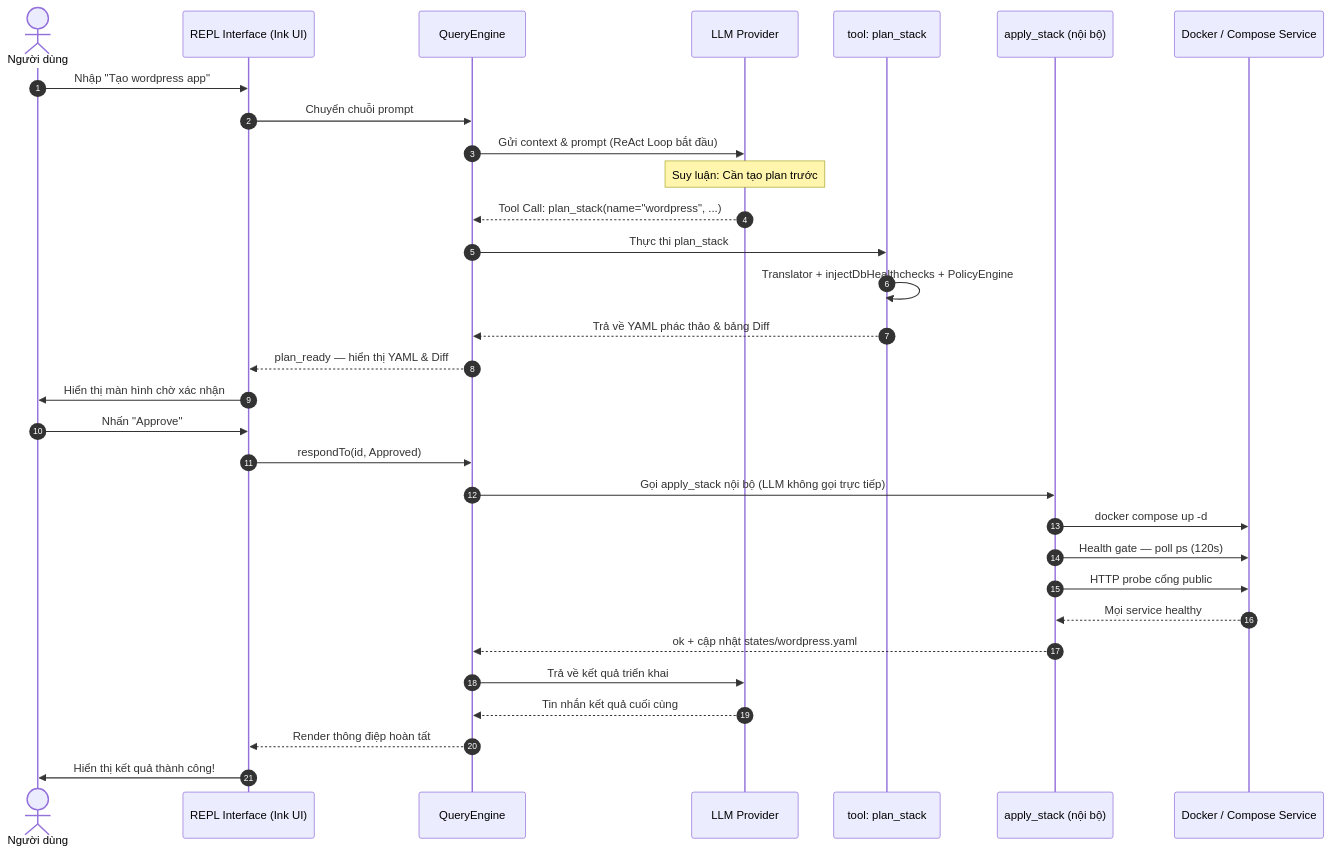
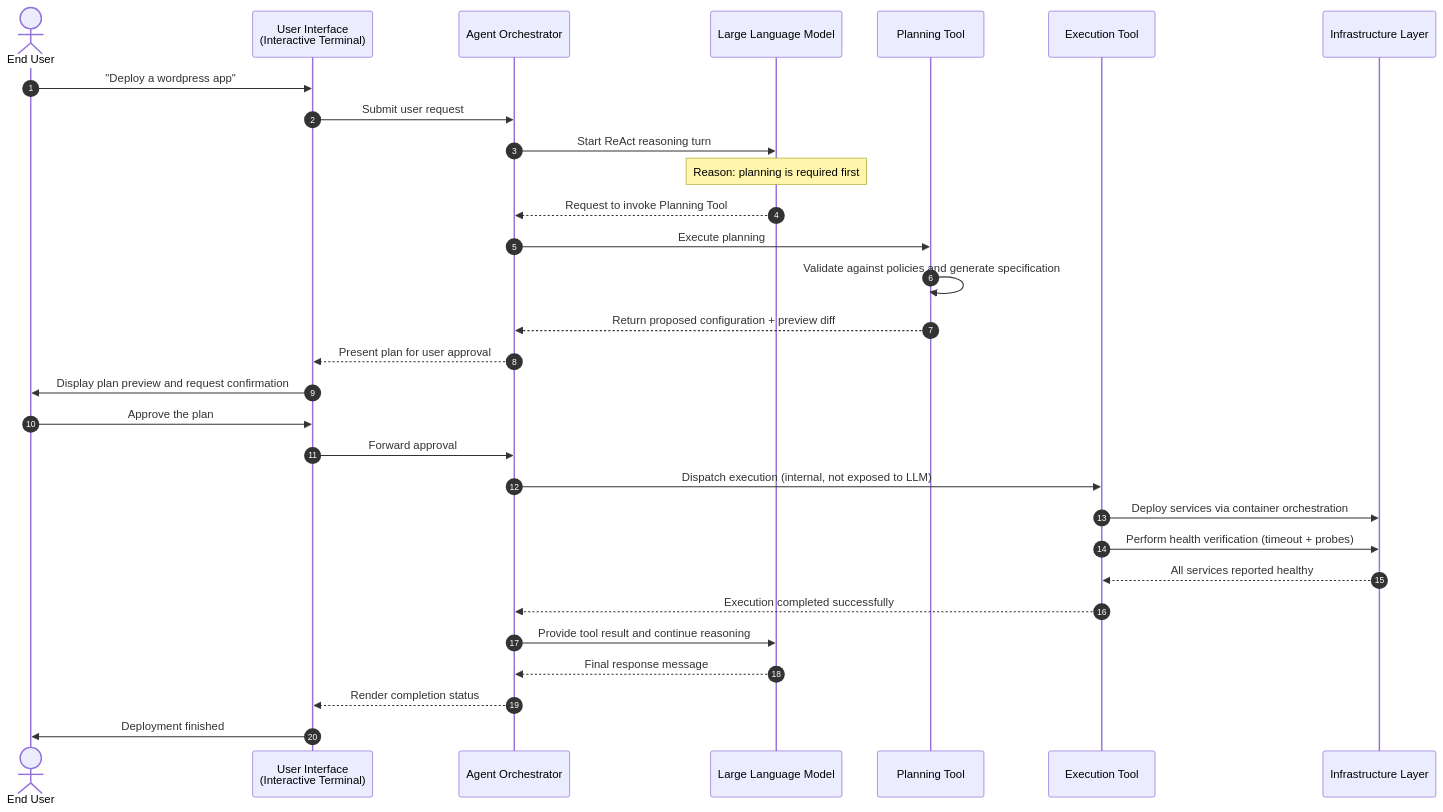
The second of 2 diagrams in architecture.md (NeoCyber05/Docker-Agent-CLI), drawn with Mermaid before and after one commit. The commit also changed other lines of this file and 12 other files, not shown here.

````diff
--- a/architecture.md
+++ b/architecture.md
@@ -135,34 +126,33 @@
 ```mermaid
 sequenceDiagram
     autonumber
-    actor User as Người dùng
-    participant REPL as REPL Interface (Ink UI)
-    participant QE as QueryEngine
-    participant LLM as LLM Provider
-    participant Plan as tool: plan_stack
-    participant Apply as apply_stack (nội bộ)
-    participant Docker as Docker / Compose Service
+    actor User as End User
+    participant UI as User Interface<br/>(Interactive Terminal)
+    participant Coordinator as Agent Orchestrator
+    participant LLM as Large Language Model
+    participant Planner as Planning Tool
+    participant Executor as Execution Tool
+    participant Infra as Infrastructure Layer
     
-    User->>REPL: Nhập "Tạo wordpress app"
-    REPL->>QE: Chuyển chuỗi prompt
-    QE->>LLM: Gửi context & prompt (ReAct Loop bắt đầu)
-    Note over LLM: Suy luận: Cần tạo plan trước
-    LLM-->>QE: Tool Call: plan_stack(name="wordpress", ...)
-    QE->>Plan: Thực thi plan_stack
-    Plan->>Plan: Translator + injectDbHealthchecks + PolicyEngine
-    Plan-->>QE: Trả về YAML phác thảo & bảng Diff
-    QE-->>REPL: plan_ready — hiển thị YAML & Diff
-    REPL->>User: Hiển thị màn hình chờ xác nhận
-    User->>REPL: Nhấn "Approve"
-    REPL->>QE: respondTo(id, Approved)
-    QE->>Apply: Gọi apply_stack nội bộ (LLM không gọi trực tiếp)
-    Apply->>Docker: docker compose up -d
-    Apply->>Docker: Health gate — poll ps (120s)
-    Apply->>Docker: HTTP probe cổng public
-    Docker-->>Apply: Mọi service healthy
-    Apply-->>QE: ok + cập nhật states/wordpress.yaml
-    QE->>LLM: Trả về kết quả triển khai
-    LLM-->>QE: Tin nhắn kết quả cuối cùng
-    QE-->>REPL: Render thông điệp hoàn tất
-    REPL->>User: Hiển thị kết quả thành công!
+    User->>UI: "Deploy a wordpress app"
+    UI->>Coordinator: Submit user request
+    Coordinator->>LLM: Start ReAct reasoning turn
+    Note over LLM: Reason: planning is required first
+    LLM-->>Coordinator: Request to invoke Planning Tool
+    Coordinator->>Planner: Execute planning
+    Planner->>Planner: Validate against policies and generate specification
+    Planner-->>Coordinator: Return proposed configuration + preview diff
+    Coordinator-->>UI: Present plan for user approval
+    UI->>User: Display plan preview and request confirmation
+    User->>UI: Approve the plan
+    UI->>Coordinator: Forward approval
+    Coordinator->>Executor: Dispatch execution (internal, not exposed to LLM)
+    Executor->>Infra: Deploy services via container orchestration
+    Executor->>Infra: Perform health verification (timeout + probes)
+    Infra-->>Executor: All services reported healthy
+    Executor-->>Coordinator: Execution completed successfully
+    Coordinator->>LLM: Provide tool result and continue reasoning
+    LLM-->>Coordinator: Final response message
+    Coordinator-->>UI: Render completion status
+    UI->>User: Deployment finished
 ```
````
